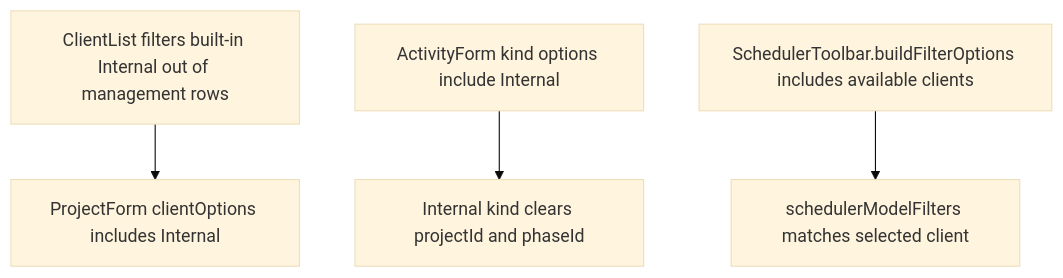
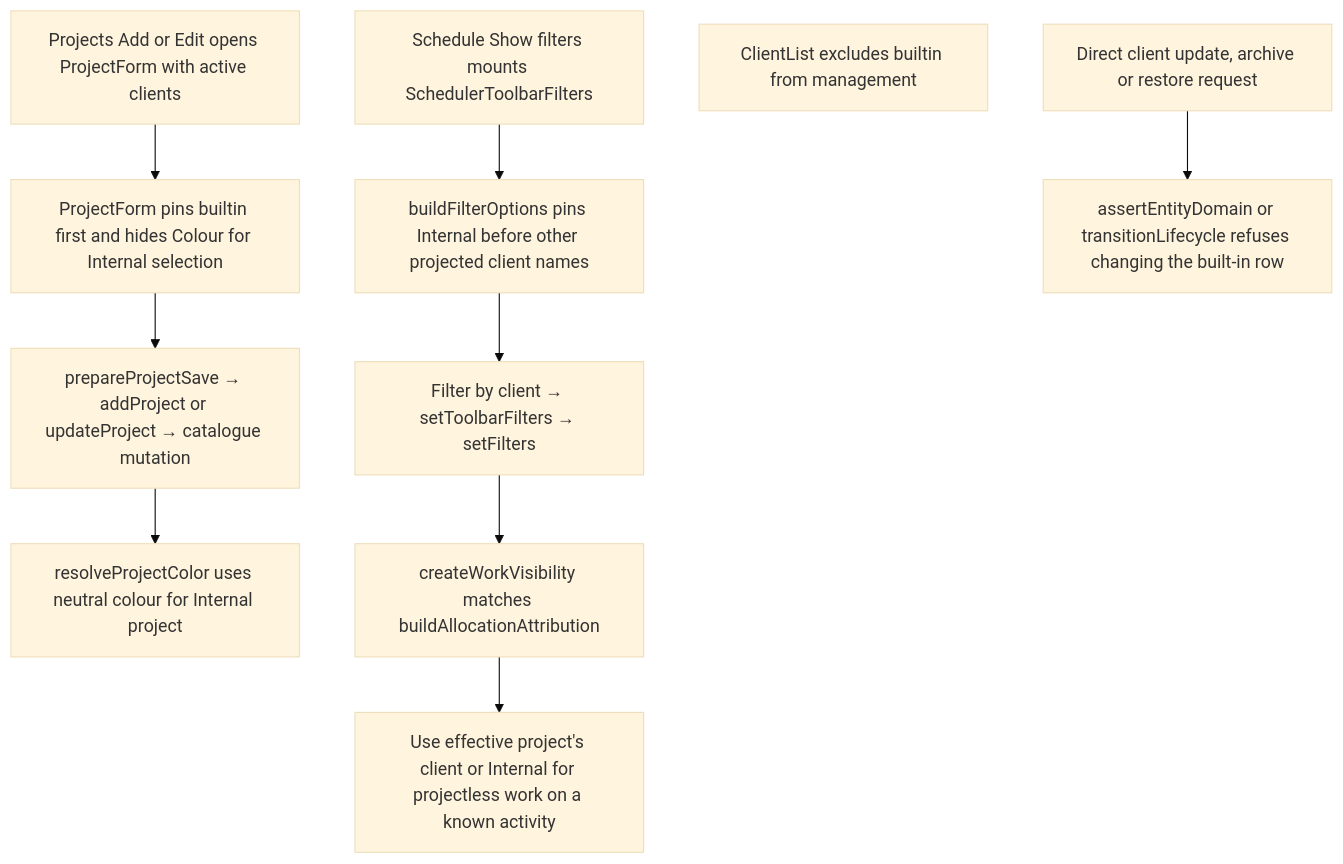
Before and after one commit to Kevinjohn/capacitylens: the second of 2 diagrams in user-stories/clients/US-CLI-04-internal-client.md, drawn with Mermaid (base theme). The commit also changed other lines of this file and 172 other files, not shown here.

Commit message:
docs: reconcile user story code flows with source

````diff
--- a/user-stories/clients/US-CLI-04-internal-client.md
+++ b/user-stories/clients/US-CLI-04-internal-client.md
@@ -29,6 +29,12 @@
 ```mermaid
 flowchart TD
-  A["ClientList filters built-in Internal out of management rows"] --> B["ProjectForm clientOptions includes Internal"]
-  C["ActivityForm kind options include Internal"] --> D["Internal kind clears projectId and phaseId"]
-  E["SchedulerToolbar.buildFilterOptions includes available clients"] --> F["schedulerModelFilters matches selected client"]
+  FORM["Projects Add or Edit opens ProjectForm with active clients"] --> SELECT["ProjectForm pins builtin first and hides Colour for Internal selection"]
+  SELECT --> SAVE["prepareProjectSave → addProject or updateProject → catalogue mutation"]
+  SAVE --> PROJECT["resolveProjectColor uses neutral colour for Internal project"]
+  SCHEDULE["Schedule Show filters mounts SchedulerToolbarFilters"] --> OPTIONS["buildFilterOptions pins Internal before other projected client names"]
+  OPTIONS --> CHOOSE["Filter by client → setToolbarFilters → setFilters"]
+  CHOOSE --> MATCH["createWorkVisibility matches buildAllocationAttribution"]
+  MATCH --> WORK["Use effective project's client or Internal for projectless work on a known activity"]
+  CLIENTS["ClientList excludes builtin from management"]
+  API["Direct client update, archive or restore request"] --> REFUSE["assertEntityDomain or transitionLifecycle refuses changing the built-in row"]
 ```
````
